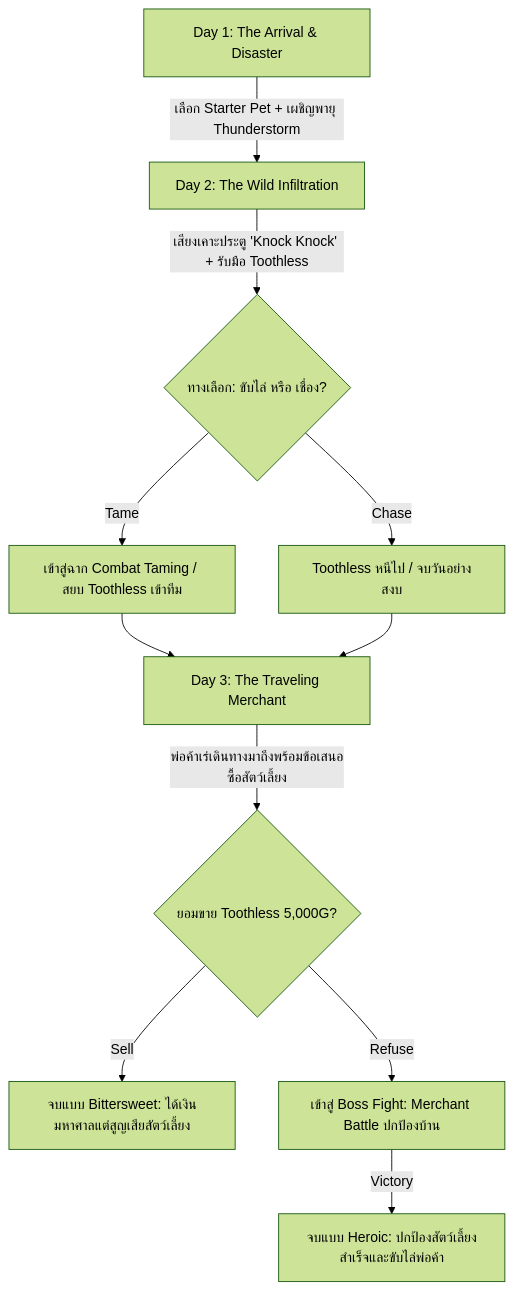
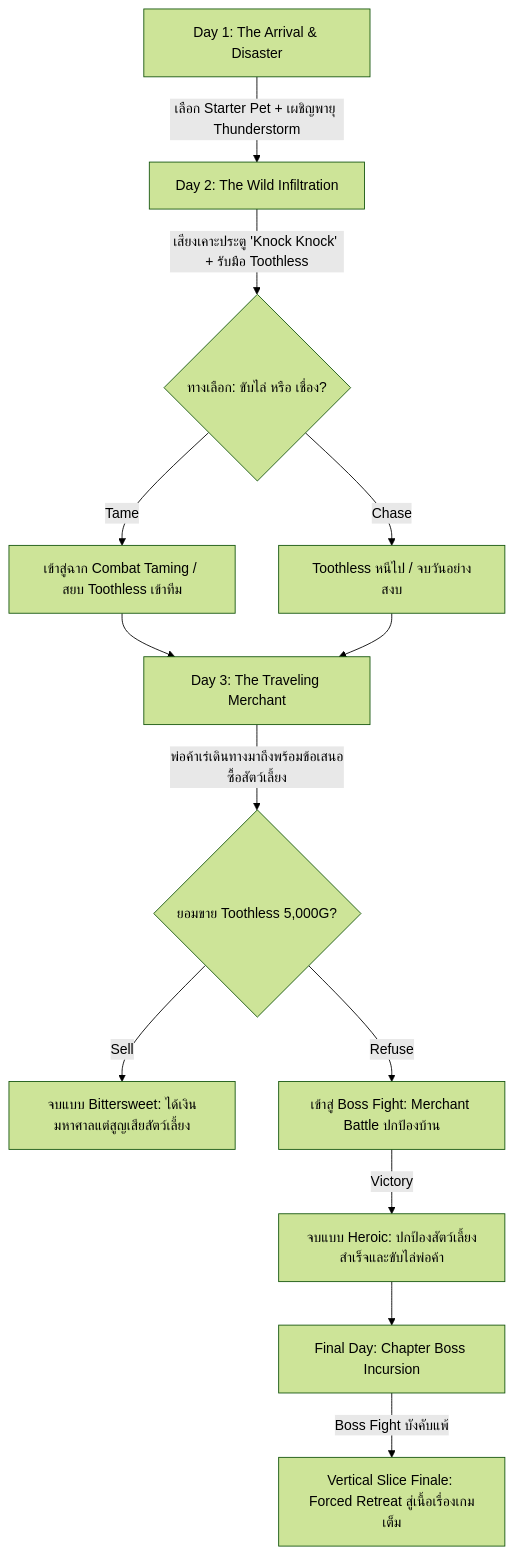
Before and after one commit to SShoww/Your-Story: the diagram in BEPAL/Docs/NewGDD/00-concept.md, drawn with Mermaid (forest theme). The commit also changed other lines of this file and 14 other files, not shown here.

````diff
--- a/BEPAL/Docs/NewGDD/00-concept.md
+++ b/BEPAL/Docs/NewGDD/00-concept.md
@@ -64,13 +75,15 @@
 ```mermaid
 flowchart TD
     D1[Day 1: The Arrival & Disaster] -->|เลือก Starter Pet + เผชิญพายุ Thunderstorm| D2[Day 2: The Wild Infiltration]
     D2 -->|เสียงเคาะประตู 'Knock Knock' + รับมือ Toothless| D2_Choice{ทางเลือก: ขับไล่ หรือ เชื่อง?}
     D2_Choice -->|Chase| D2_End[Toothless หนีไป / จบวันอย่างสงบ]
     D2_Choice -->|Tame| D2_Combat[เข้าสู่ฉาก Combat Taming / สยบ Toothless เข้าทีม]
     D2_Combat --> D3[Day 3: The Traveling Merchant]
     D2_End --> D3
     D3 -->|พ่อค้าเร่เดินทางมาถึงพร้อมข้อเสนอซื้อสัตว์เลี้ยง| D3_Choice{ยอมขาย Toothless 5,000G?}
     D3_Choice -->|Sell| D3_EndingA[จบแบบ Bittersweet: ได้เงินมหาศาลแต่สูญเสียสัตว์เลี้ยง]
     D3_Choice -->|Refuse| D3_Boss[เข้าสู่ Boss Fight: Merchant Battle ปกป้องบ้าน]
     D3_Boss -->|Victory| D3_EndingB[จบแบบ Heroic: ปกป้องสัตว์เลี้ยงสำเร็จและขับไล่พ่อค้า]
+    D3_EndingB --> D_Final[Final Day: Chapter Boss Incursion]
+    D_Final -->|Boss Fight บังคับแพ้| D_EndSlice[Vertical Slice Finale: Forced Retreat สู่เนื้อเรื่องเกมเต็ม]
 ```
````
